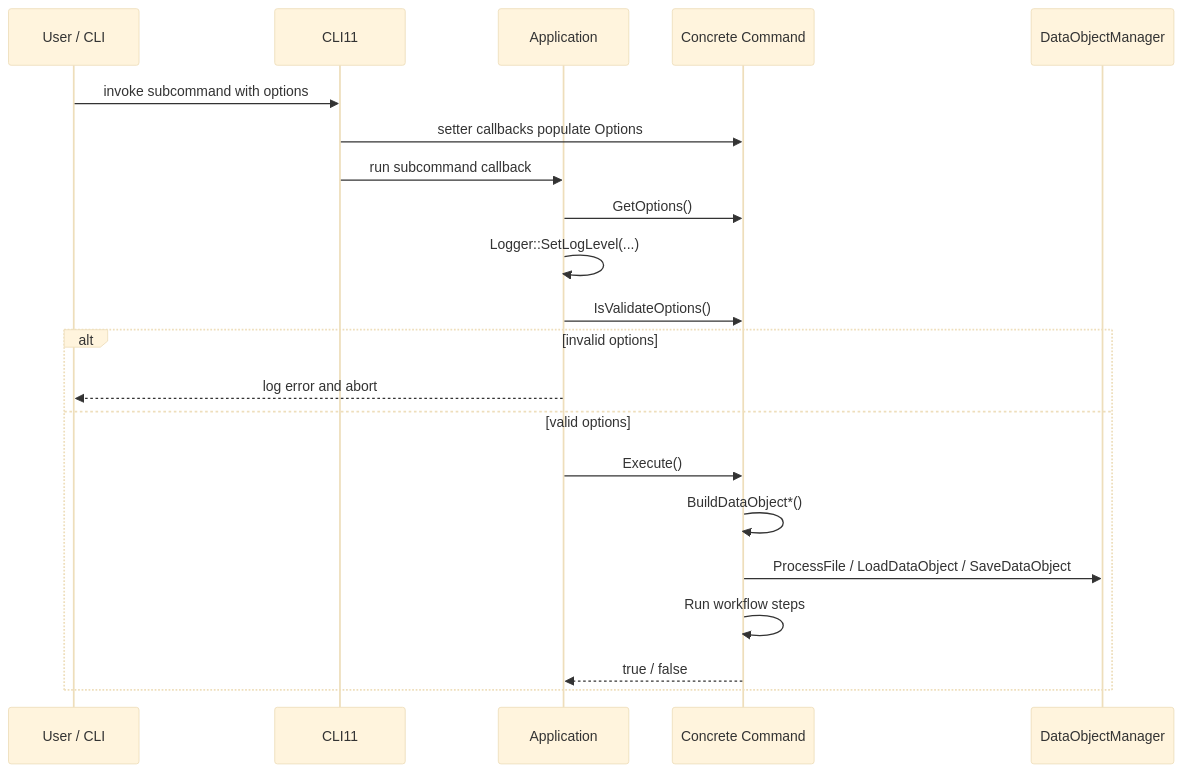
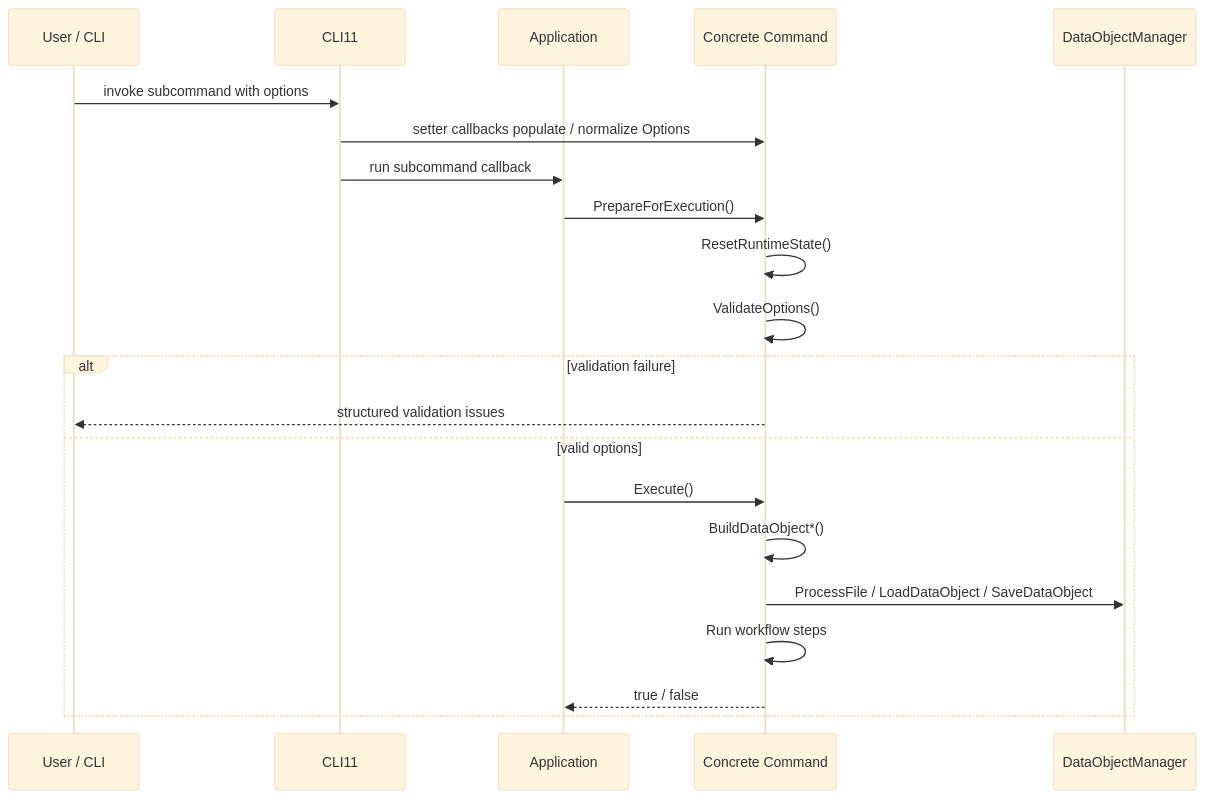
One commit to yslianTim/rhbm_gem changed the second of 2 diagrams in docs/developer/architecture/command-architecture.md. Above: the diagram before and after it, drawn with Mermaid (base theme). The commit also changed other lines of this file and 32 other files, not shown here.

````diff
--- a/docs/developer/architecture/command-architecture.md
+++ b/docs/developer/architecture/command-architecture.md
@@ -126,24 +143,24 @@
 ```mermaid
 sequenceDiagram
     participant User as User / CLI
     participant CLI as CLI11
     participant App as Application
     participant Cmd as Concrete Command
     participant DM as DataObjectManager
 
     User->>CLI: invoke subcommand with options
-    CLI->>Cmd: setter callbacks populate Options
+    CLI->>Cmd: setter callbacks populate / normalize Options
     CLI->>App: run subcommand callback
-    App->>Cmd: GetOptions()
-    App->>App: Logger::SetLogLevel(...)
-    App->>Cmd: IsValidateOptions()
-    alt invalid options
-        App-->>User: log error and abort
+    App->>Cmd: PrepareForExecution()
+    Cmd->>Cmd: ResetRuntimeState()
+    Cmd->>Cmd: ValidateOptions()
+    alt validation failure
+        Cmd-->>User: structured validation issues
     else valid options
         App->>Cmd: Execute()
         Cmd->>Cmd: BuildDataObject*()
         Cmd->>DM: ProcessFile / LoadDataObject / SaveDataObject
         Cmd->>Cmd: Run workflow steps
         Cmd-->>App: true / false
     end
 ```
````
